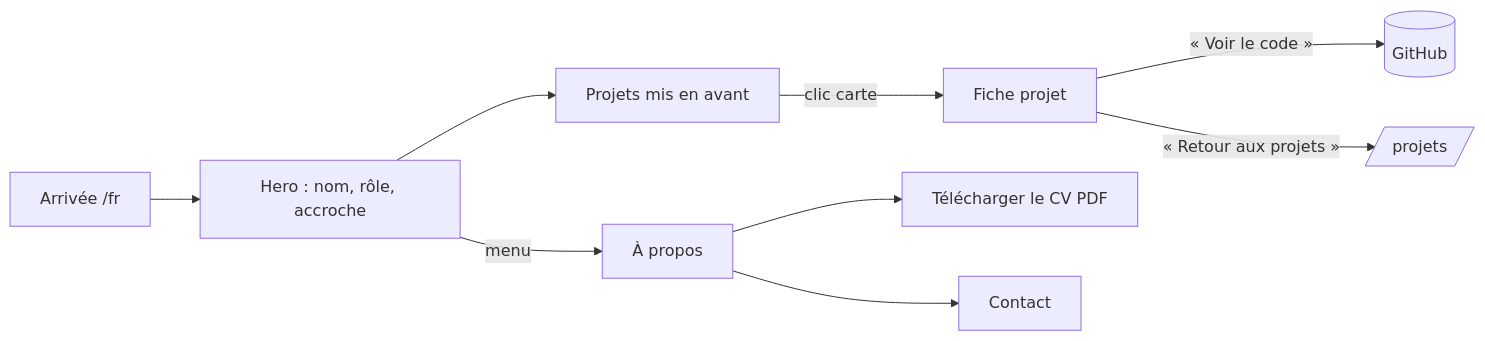
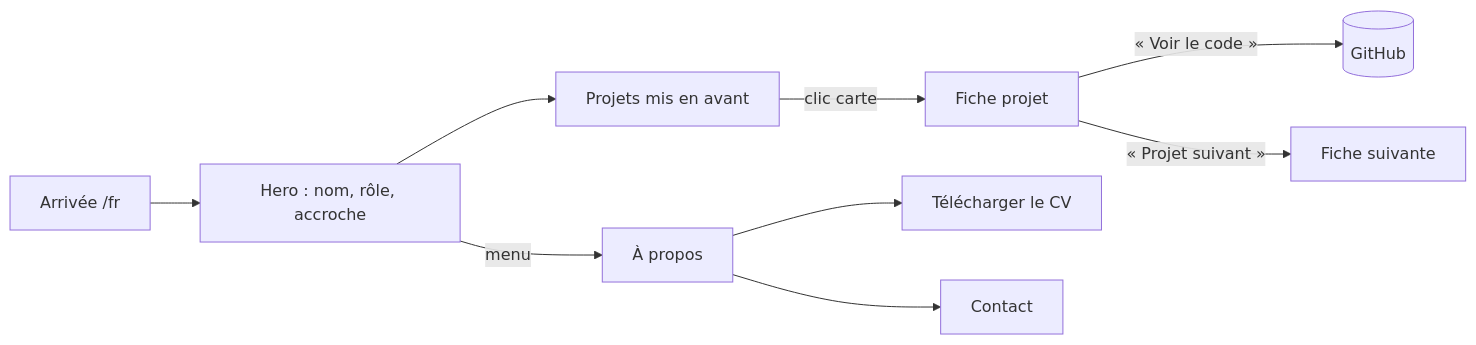
The first of 5 diagrams in docs/APP_FLOW.md (Stryxman/portfolio), drawn with Mermaid before and after one commit. The commit also changed other lines of this file and 9 other files, not shown here.

First line of the commit message:
Docs v1.1 : architecture Astro statique après le conseil LLM

````diff
--- a/docs/APP_FLOW.md
+++ b/docs/APP_FLOW.md
@@ -35,11 +23,11 @@
 ```mermaid
 flowchart LR
   A[Arrivée /fr] --> B[Hero : nom, rôle, accroche]
   B --> C[Projets mis en avant]
   C -->|clic carte| D[Fiche projet]
   D -->|« Voir le code »| E[(GitHub)]
-  D -->|« Retour aux projets »| F[/projets/]
+  D -->|« Projet suivant »| D2[Fiche suivante]
   B -->|menu| G[À propos]
-  G --> H[Télécharger le CV PDF]
+  G --> H[Télécharger le CV]
   G --> I[Contact]
 ```
````
